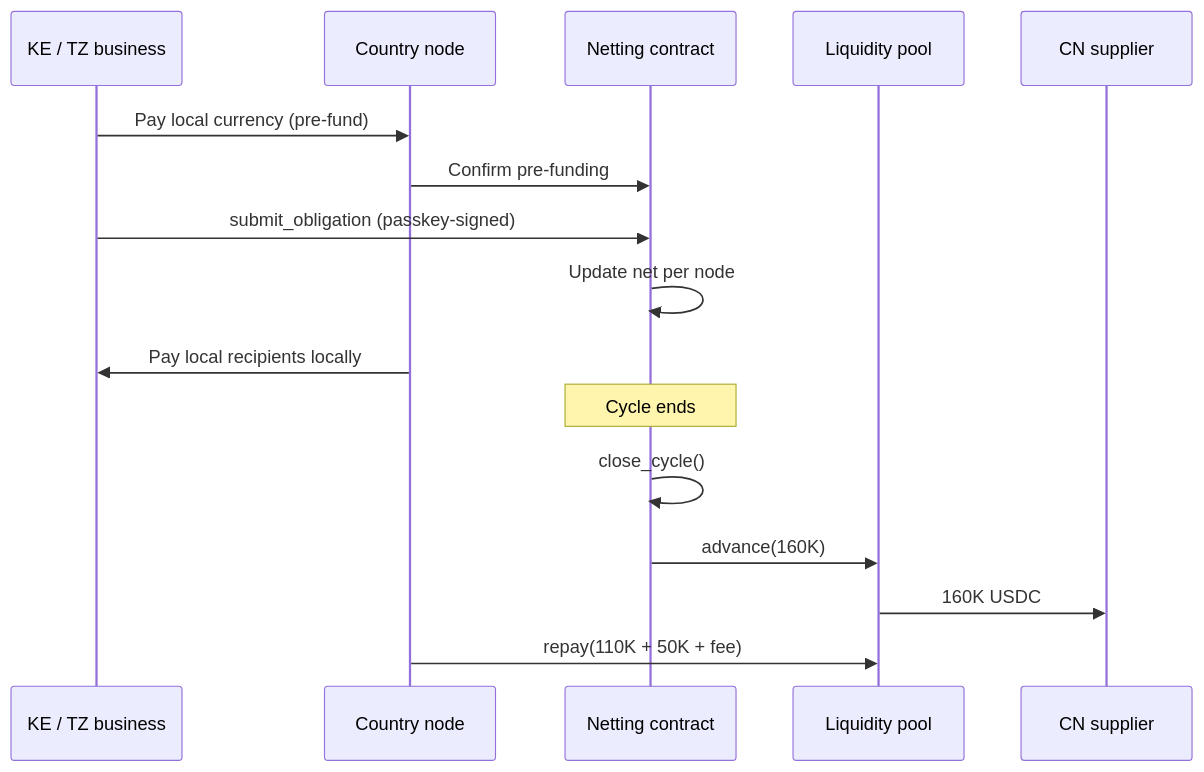
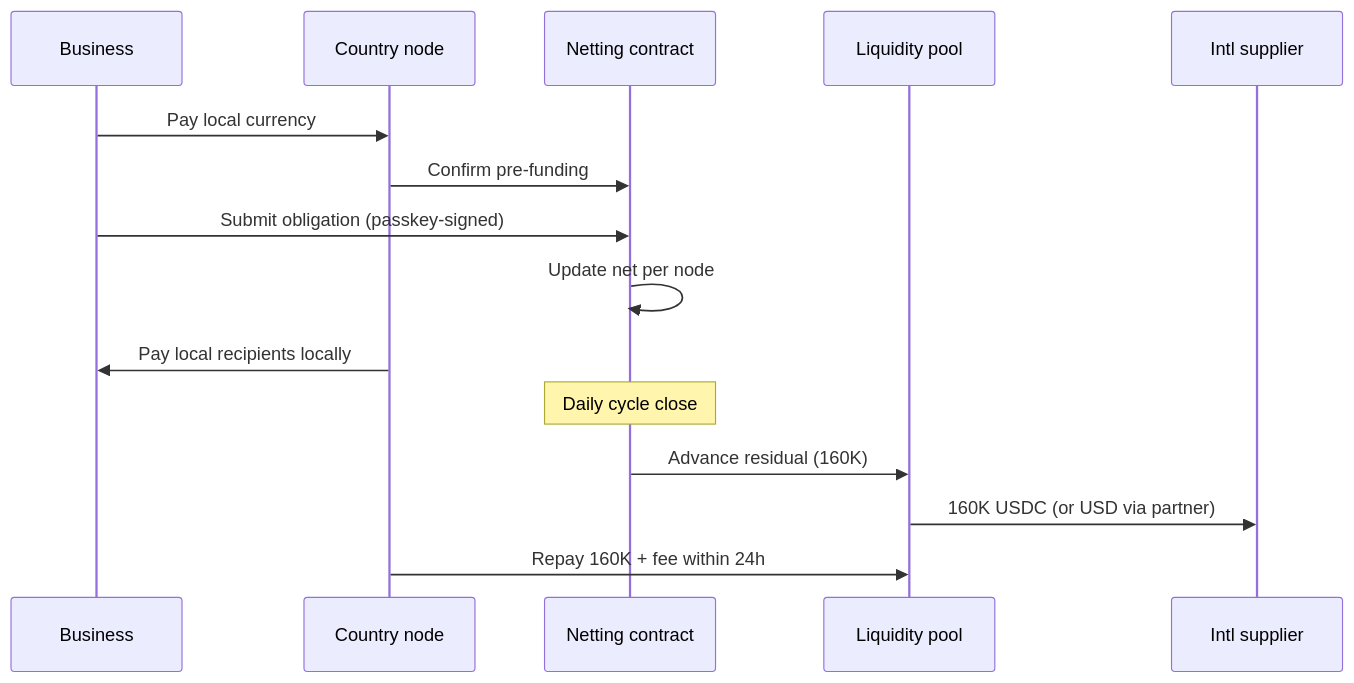
Before and after one commit to Rift-FI/Documents: the second of 6 diagrams in Architecture.md, drawn with Mermaid. The commit also changed other lines of this file, not shown here.

````diff
--- a/Architecture.md
+++ b/Architecture.md
@@ -89,19 +84,18 @@
 ```mermaid
 sequenceDiagram
-  participant B as KE / TZ business
+  participant B as Business
   participant N as Country node
   participant NC as Netting contract
   participant P as Liquidity pool
-  participant CN as CN supplier
+  participant S as Intl supplier
 
-  B->>N: Pay local currency (pre-fund)
+  B->>N: Pay local currency
   N->>NC: Confirm pre-funding
-  B->>NC: submit_obligation (passkey-signed)
+  B->>NC: Submit obligation (passkey-signed)
   NC->>NC: Update net per node
   N->>B: Pay local recipients locally
-  Note over NC: Cycle ends
-  NC->>NC: close_cycle()
-  NC->>P: advance(160K)
-  P->>CN: 160K USDC
-  N->>P: repay(110K + 50K + fee)
+  Note over NC: Daily cycle close
+  NC->>P: Advance residual (160K)
+  P->>S: 160K USDC (or USD via partner)
+  N->>P: Repay 160K + fee within 24h
 ```
````
